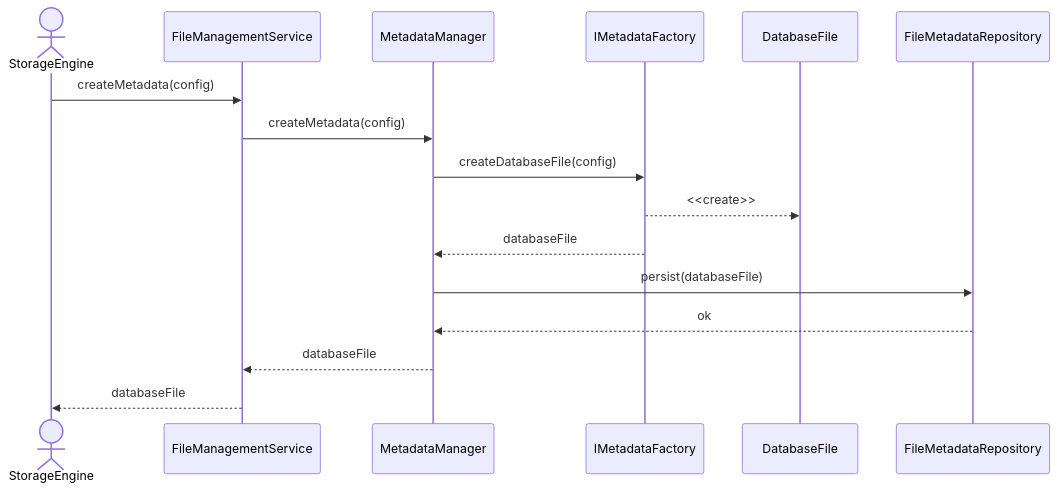
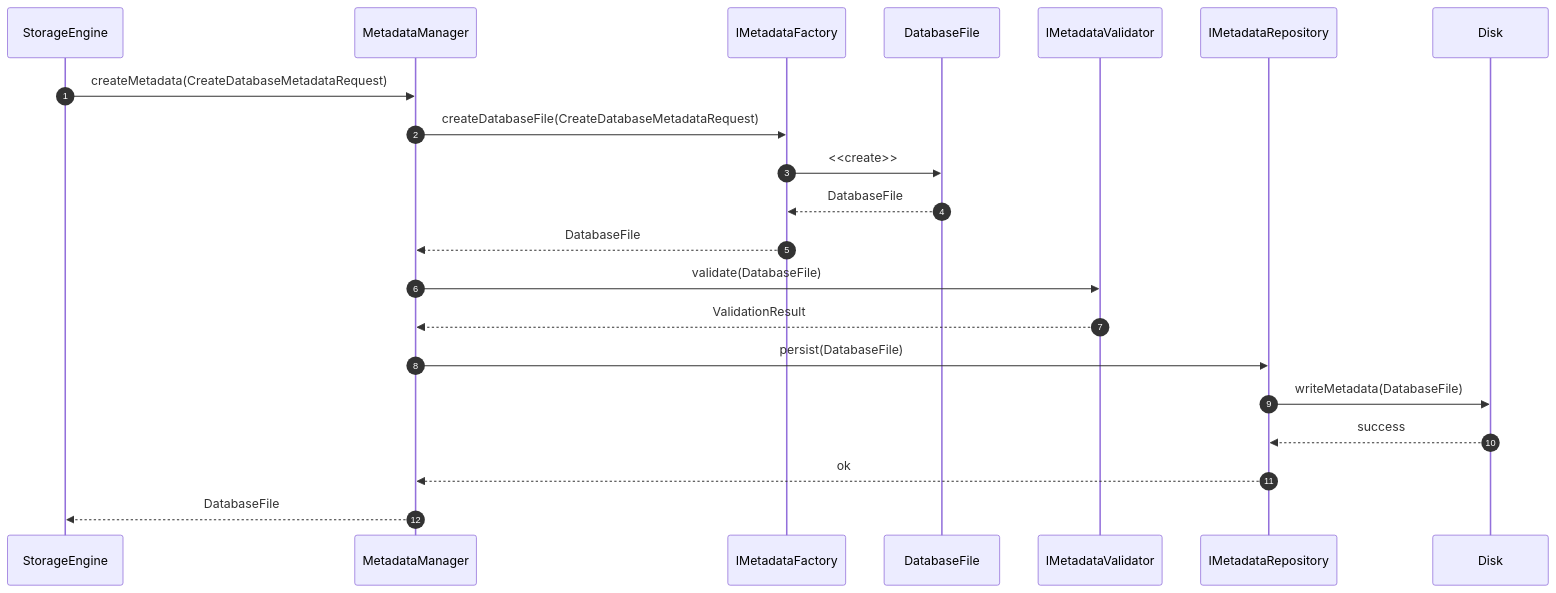
The second of 6 diagrams in docs/data-storage-and-access/file-management/file-metadata/sequence-diagrams/01-create-database-metadata.md (Huy1801214/dbms-architecture), drawn with Mermaid before and after one commit. The commit also changed other lines of this file and 21 other files, not shown here.

Commit message:
add file metadata architecture class diagram, sequence diagrams, and modeling guidelines

````diff
--- a/docs/data-storage-and-access/file-management/file-metadata/sequence-diagrams/01-create-database-metadata.md
+++ b/docs/data-storage-and-access/file-management/file-metadata/sequence-diagrams/01-create-database-metadata.md
@@ -11,22 +59,29 @@
 ```mermaid
 sequenceDiagram
-    actor StorageEngine
-    participant FileManagementService
-    participant MetadataManager
-    participant IMetadataFactory
-    participant DatabaseFile
-    participant FileMetadataRepository
+    autonumber
 
-    StorageEngine->>FileManagementService: createMetadata(config)
-    FileManagementService->>MetadataManager: createMetadata(config)
+    participant SE as StorageEngine
+    participant MM as MetadataManager
+    participant IMF as IMetadataFactory
+    participant DF as DatabaseFile
+    participant IMV as IMetadataValidator
+    participant IMR as IMetadataRepository
+    participant Disk as Disk
 
-    MetadataManager->>IMetadataFactory: createDatabaseFile(config)
-    IMetadataFactory-->>DatabaseFile: <<create>>
-    IMetadataFactory-->>MetadataManager: databaseFile
+    SE->>MM: createMetadata(CreateDatabaseMetadataRequest)
 
-    MetadataManager->>FileMetadataRepository: persist(databaseFile)
-    FileMetadataRepository-->>MetadataManager: ok
+    MM->>IMF: createDatabaseFile(CreateDatabaseMetadataRequest)
+    IMF->>DF: <<create>>
+    DF-->>IMF: DatabaseFile
+    IMF-->>MM: DatabaseFile
 
-    MetadataManager-->>FileManagementService: databaseFile
-    FileManagementService-->>StorageEngine: databaseFile
+    MM->>IMV: validate(DatabaseFile)
+    IMV-->>MM: ValidationResult
+
+    MM->>IMR: persist(DatabaseFile)
+    IMR->>Disk: writeMetadata(DatabaseFile)
+    Disk-->>IMR: success
+    IMR-->>MM: ok
+
+    MM-->>SE: DatabaseFile
 ```
````
